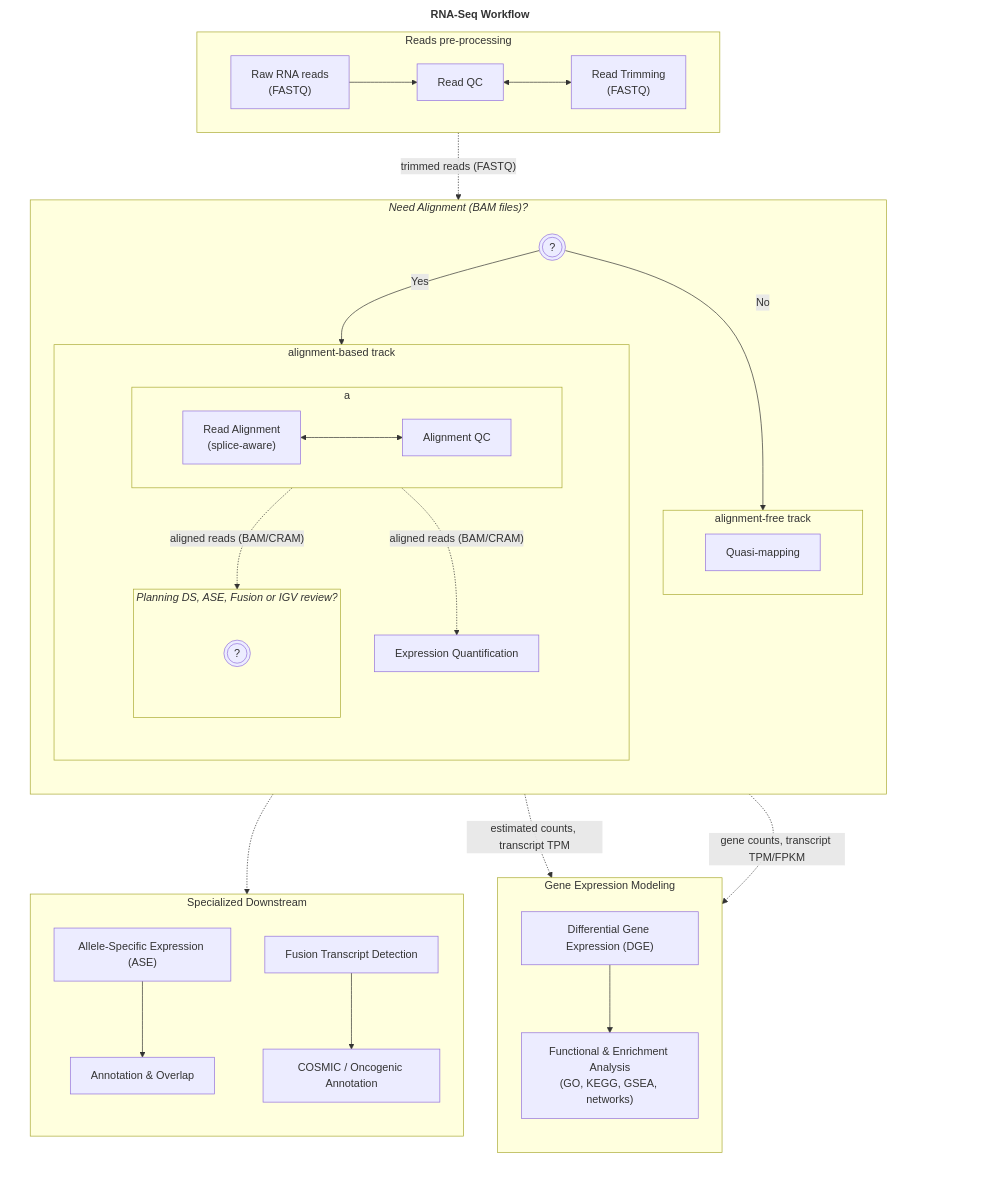
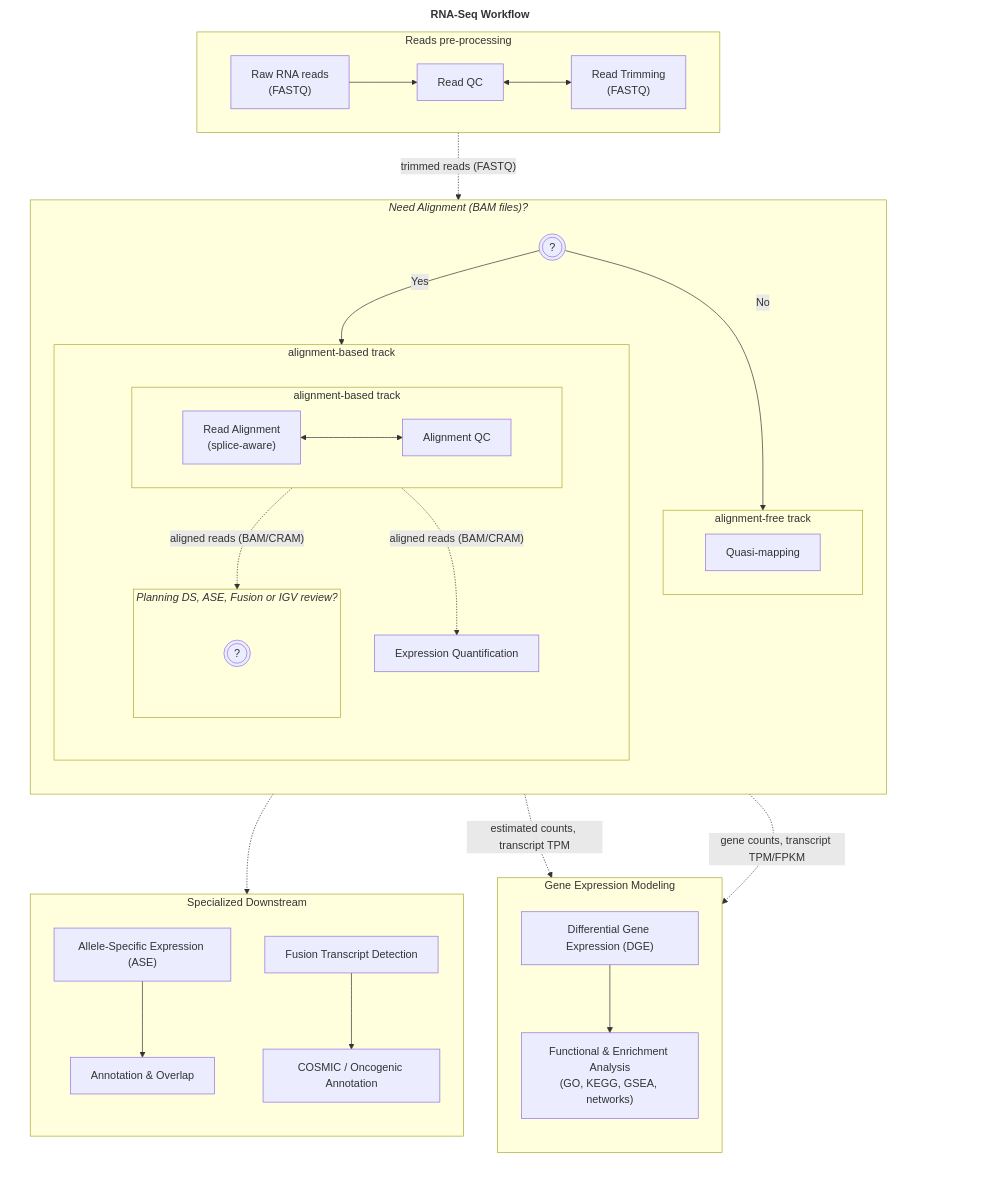
Before and after one commit to ISUgenomics/Repo_skeleton: the diagram in notebook_bulk_rnaseq/workflow/README.md, drawn with Mermaid.

Commit message:
minor changes in the workflow schema to improve rendering on GitHub

````diff
--- a/notebook_bulk_rnaseq/workflow/README.md
+++ b/notebook_bulk_rnaseq/workflow/README.md
@@ -54,55 +54,55 @@
 ```mermaid
 flowchart LR
 
 subgraph TOP["<b style="line-height: 0.1rem !important; font-size: 1rem;">RNA-Seq Workflow &emsp; &emsp; </b>"]
 direction TB
   subgraph Reads["Reads pre-processing"]
     direction LR
     RawReads["Raw RNA reads<br/>(FASTQ)"] --> QC1["Read QC"] <--> Trim["Read Trimming<br/>(FASTQ)"]
   end
 
   subgraph BioTasks["<i>Need Alignment (BAM files)?</i>"]
     direction TB
     ifAlign((("?")))
     subgraph M["alignment-free track"]
       direction LR
       Qmap["Quasi-mapping"]
     end 
     ifAlign -->| No | M
     subgraph A["alignment-based track"]
       direction TB
-      subgraph AA["a"]
+      subgraph AA["alignment-based track"]
         direction LR
         Align["Read Alignment<br>(splice-aware)"] <--> QC2["Alignment QC"]  
       end
       subgraph ifBam["<i>Planning DS, ASE, Fusion or IGV review?</i>"]
       direction TB
         ifB((("?")))
       end 
       AA -. aligned reads (BAM/CRAM) .-> Quant["Expression Quantification"]
       AA -. aligned reads (BAM/CRAM) .-> ifBam
     end   
     ifAlign -->| Yes | A 
   end
 
   subgraph D1["Gene Expression Modeling"]
     direction TB
     DGE["Differential Gene Expression (DGE)"] --> DGEdown["Functional & Enrichment Analysis<br/>(GO, KEGG, GSEA, networks)"]
   end  
 
   subgraph StatModel["Specialized Downstream"]
   direction TB
     ASE["Allele-Specific Expression (ASE)"] --> ASEanno["Annotation & Overlap"]
     FUSION["Fusion Transcript Detection"] --> FUSanno["COSMIC / Oncogenic Annotation"] 
   end
   
-  Reads -. trimmed reads (FASTQ) .-> BioTasks
+  Reads -. trimmed reads (FASTQ) .-> ifAlign
   M -. estimated counts, transcript TPM .-> D1
   Quant -. gene counts, transcript TPM/FPKM .-> D1
   ifBam -.-> StatModel 
 end
 
 %% Styling
   classDef whitebox fill:#ffffff,stroke:#333,stroke-width:0px;
   class TOP whitebox;
 ```
````
